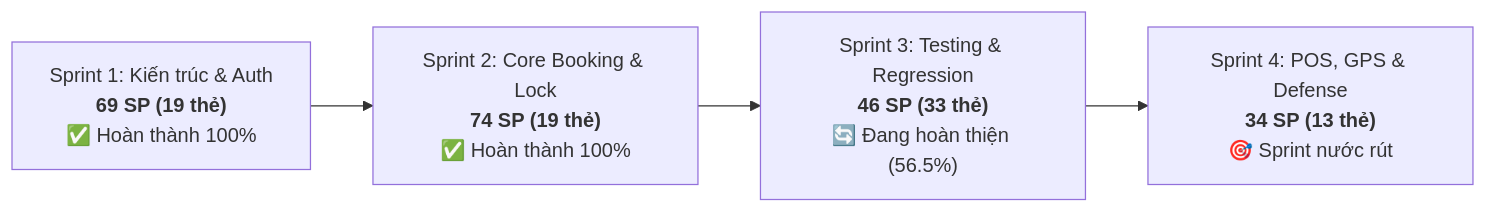
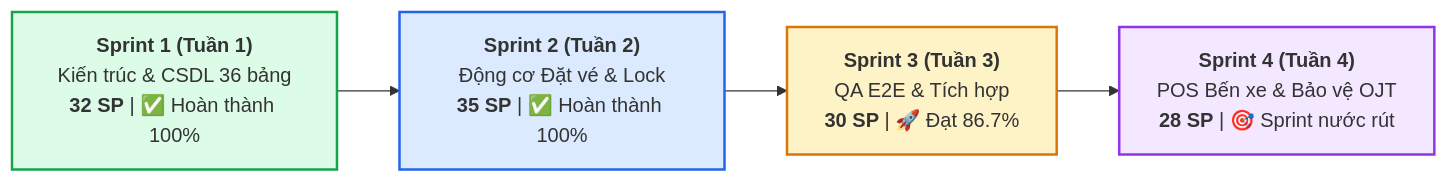
The diagram in docs/04-agile-and-sprints/BAO_CAO_THONG_KE_TIEN_DO_VA_STORY_POINTS_TOAN_SAN.md (phamcongthanhvn2k6/traveleasy-platform), drawn with Mermaid before and after one commit. The commit also changed other lines of this file and 4 other files, not shown here.

````diff
--- a/docs/04-agile-and-sprints/BAO_CAO_THONG_KE_TIEN_DO_VA_STORY_POINTS_TOAN_SAN.md
+++ b/docs/04-agile-and-sprints/BAO_CAO_THONG_KE_TIEN_DO_VA_STORY_POINTS_TOAN_SAN.md
@@ -14,6 +19,11 @@
 ```mermaid
 graph LR
-    S1["Sprint 1: Kiến trúc & Auth<br><b>69 SP (19 thẻ)</b><br>✅ Hoàn thành 100%"] --> S2["Sprint 2: Core Booking & Lock<br><b>74 SP (19 thẻ)</b><br>✅ Hoàn thành 100%"]
-    S2 --> S3["Sprint 3: Testing & Regression<br><b>46 SP (33 thẻ)</b><br>🔄 Đang hoàn thiện (56.5%)"]
-    S3 --> S4["Sprint 4: POS, GPS & Defense<br><b>34 SP (13 thẻ)</b><br>🎯 Sprint nước rút"]
+    S1["<b>Sprint 1 (Tuần 1)</b><br>Kiến trúc & CSDL 36 bảng<br><b>32 SP</b> | ✅ Hoàn thành 100%"] --> S2["<b>Sprint 2 (Tuần 2)</b><br>Động cơ Đặt vé & Lock<br><b>35 SP</b> | ✅ Hoàn thành 100%"]
+    S2 --> S3["<b>Sprint 3 (Tuần 3)</b><br>QA E2E & Tích hợp<br><b>30 SP</b> | 🚀 Đạt 86.7%"]
+    S3 --> S4["<b>Sprint 4 (Tuần 4)</b><br>POS Bến xe & Bảo vệ OJT<br><b>28 SP</b> | 🎯 Sprint nước rút"]
+
+    style S1 fill:#dcfce7,stroke:#16a34a,stroke-width:2px;
+    style S2 fill:#dbeafe,stroke:#2563eb,stroke-width:2px;
+    style S3 fill:#fef3c7,stroke:#d97706,stroke-width:2px;
+    style S4 fill:#f3e8ff,stroke:#9333ea,stroke-width:2px;
 ```
````
